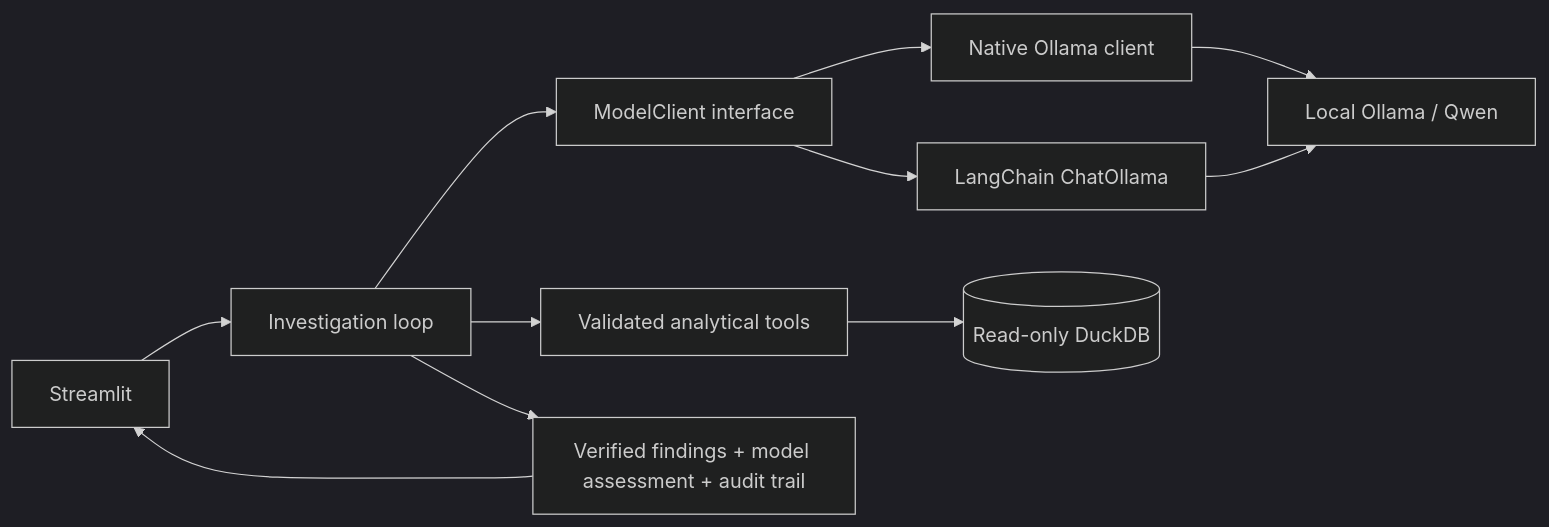
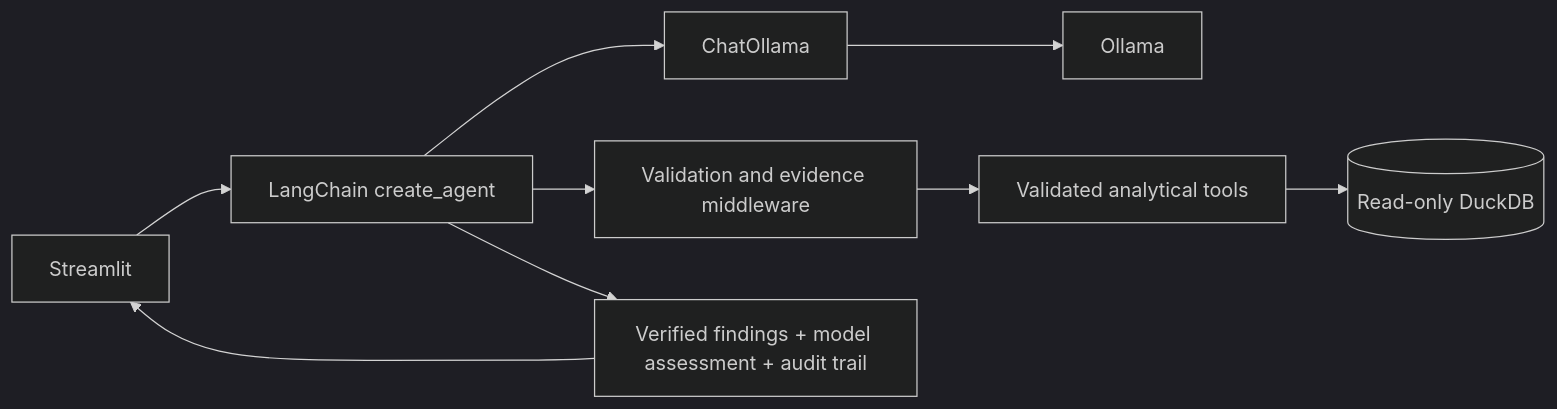
One commit to JOk3r01001/Incident-intelligence-agent changed the diagram in README.md. Above: the diagram before and after it, drawn with Mermaid (dark theme). The commit also changed other lines of this file and 10 other files, not shown here.

````diff
--- a/README.md
+++ b/README.md
@@ -85,13 +168,11 @@
 ```mermaid
 flowchart LR
-    UI[Streamlit] --> Agent[Investigation loop]
-    Agent --> Adapter[ModelClient interface]
-    Adapter --> Native[Native Ollama client]
-    Adapter --> LC[LangChain ChatOllama]
-    Native --> Ollama[Local Ollama / Qwen]
+    UI[Streamlit] --> Agent[LangChain create_agent]
+    Agent --> LC[ChatOllama]
     LC --> Ollama
-    Agent --> Tools[Validated analytical tools]
+    Agent --> Policy[Validation and evidence middleware]
+    Policy --> Tools[Validated analytical tools]
     Tools --> DB[(Read-only DuckDB)]
     Agent --> Report[Verified findings + model assessment + audit trail]
     Report --> UI
 ```
````
